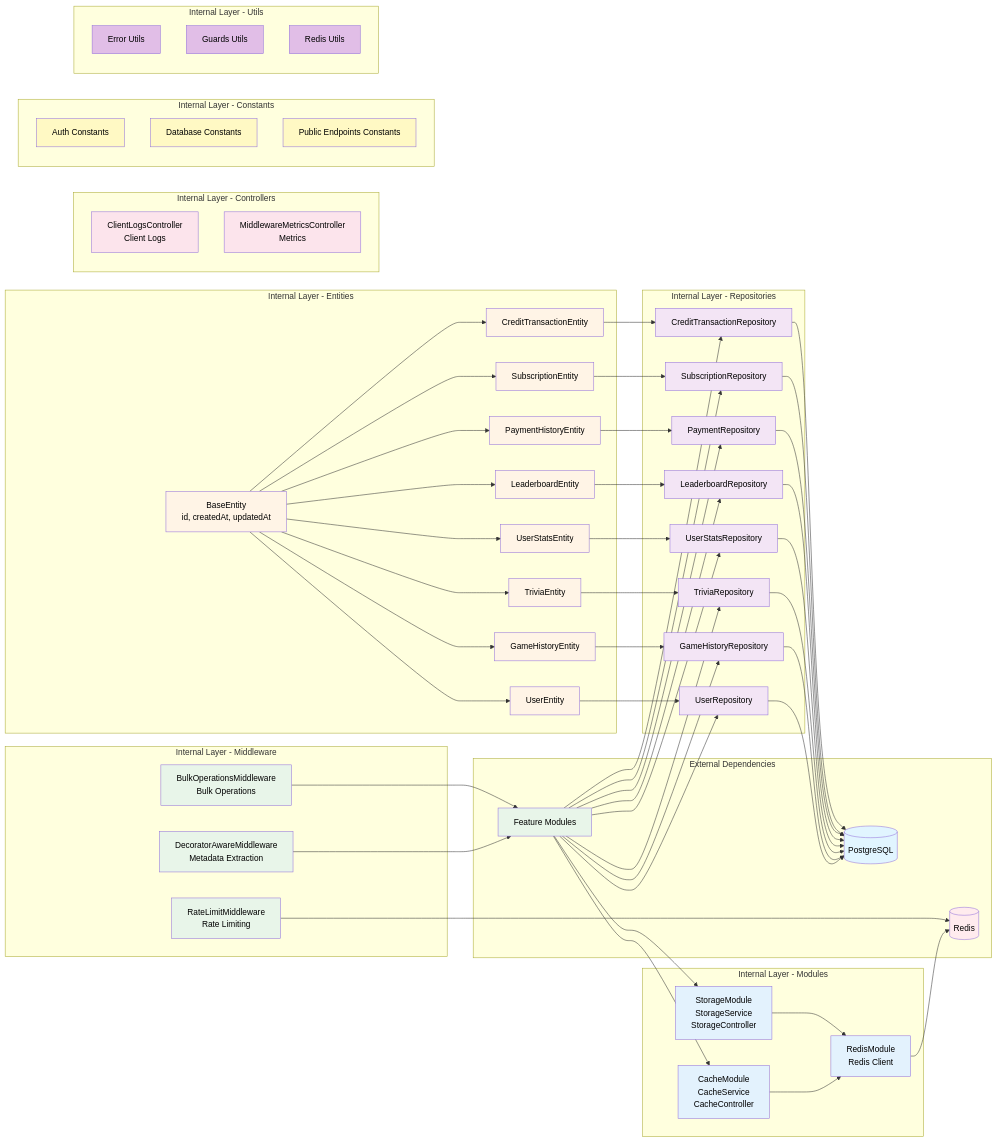
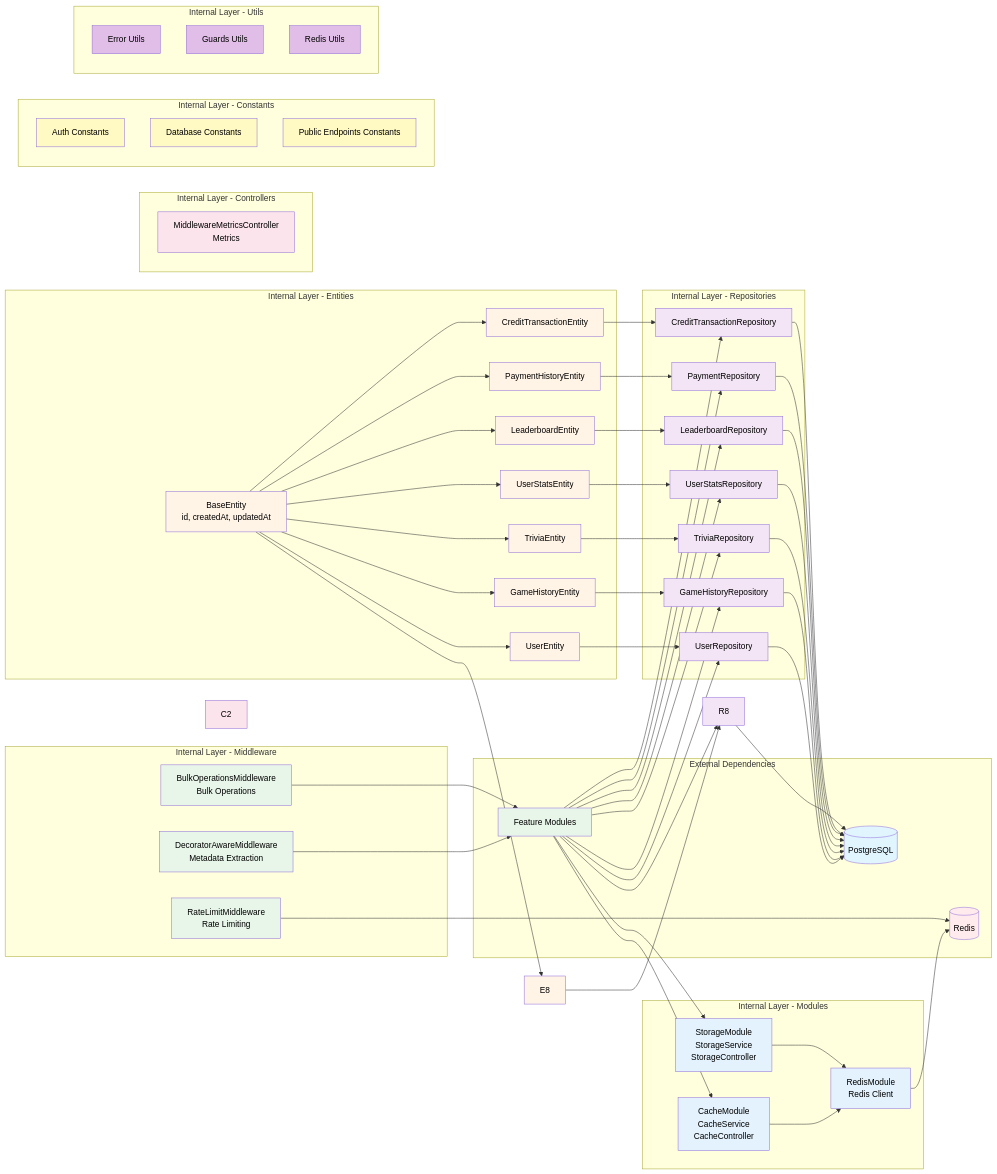
Before and after one commit to IsraelRub/EveryTriv: the sixth of 28 diagrams in docs/DIAGRAMS.md, drawn with Mermaid. The commit also changed other lines of this file and 789 other files, not shown here.

```diff
--- a/docs/DIAGRAMS.md
+++ b/docs/DIAGRAMS.md
@@ -405,8 +396,7 @@
         E4[UserStatsEntity]
         E5[LeaderboardEntity]
         E6[PaymentHistoryEntity]
-        E7[SubscriptionEntity]
-        E8[CreditTransactionEntity]
+        E7[CreditTransactionEntity]
         BE[BaseEntity<br/>id, createdAt, updatedAt]
     end
 
@@ -417,8 +407,7 @@
         R4[UserStatsRepository]
         R5[LeaderboardRepository]
         R6[PaymentRepository]
-        R7[SubscriptionRepository]
-        R8[CreditTransactionRepository]
+        R7[CreditTransactionRepository]
     end
 
     subgraph "Internal Layer - Modules"
@@ -434,8 +423,7 @@
     end
 
     subgraph "Internal Layer - Controllers"
-        C1[ClientLogsController<br/>Client Logs]
-        C2[MiddlewareMetricsController<br/>Metrics]
+        C1[MiddlewareMetricsController<br/>Metrics]
     end
 
     subgraph "Internal Layer - Constants"
```
